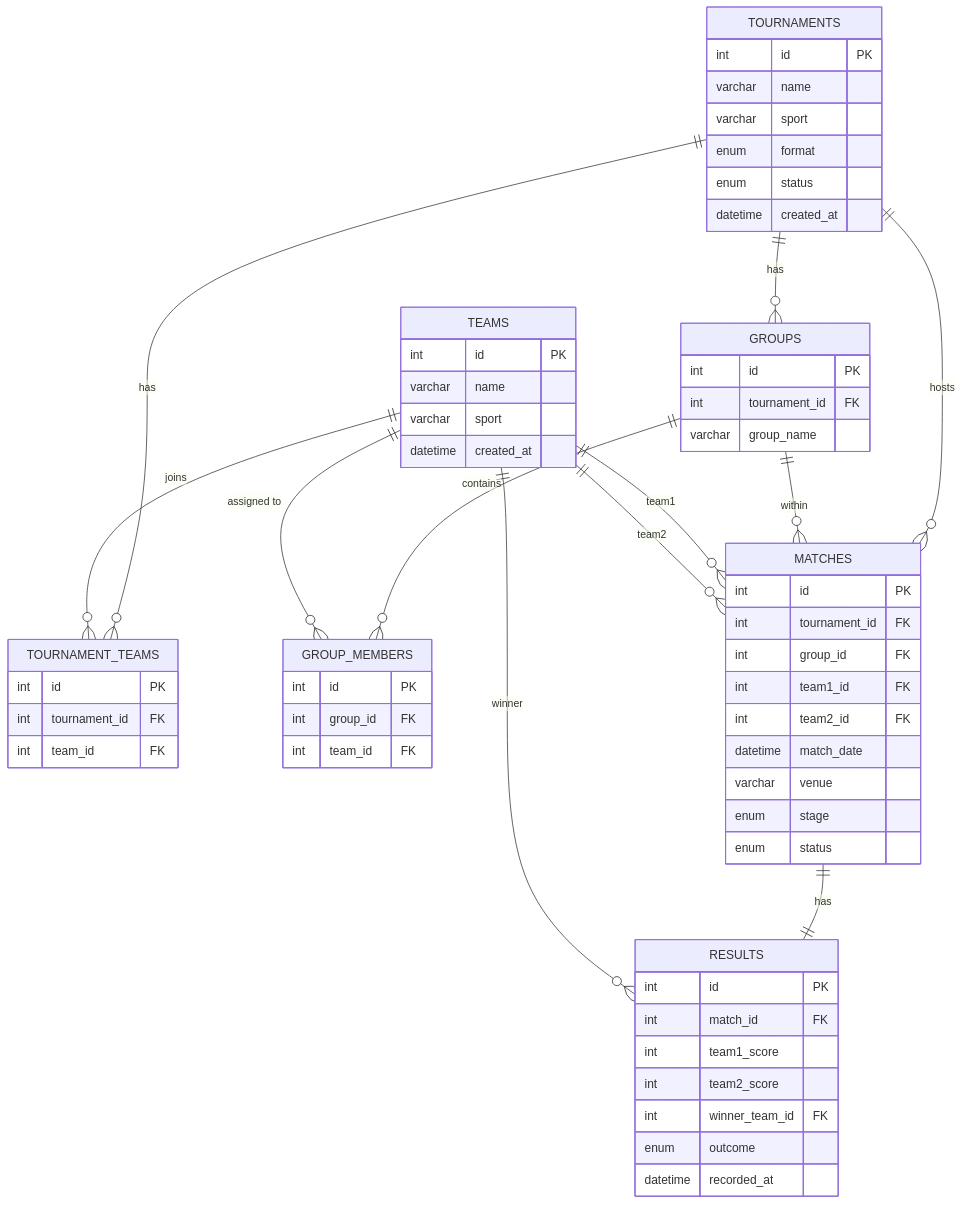
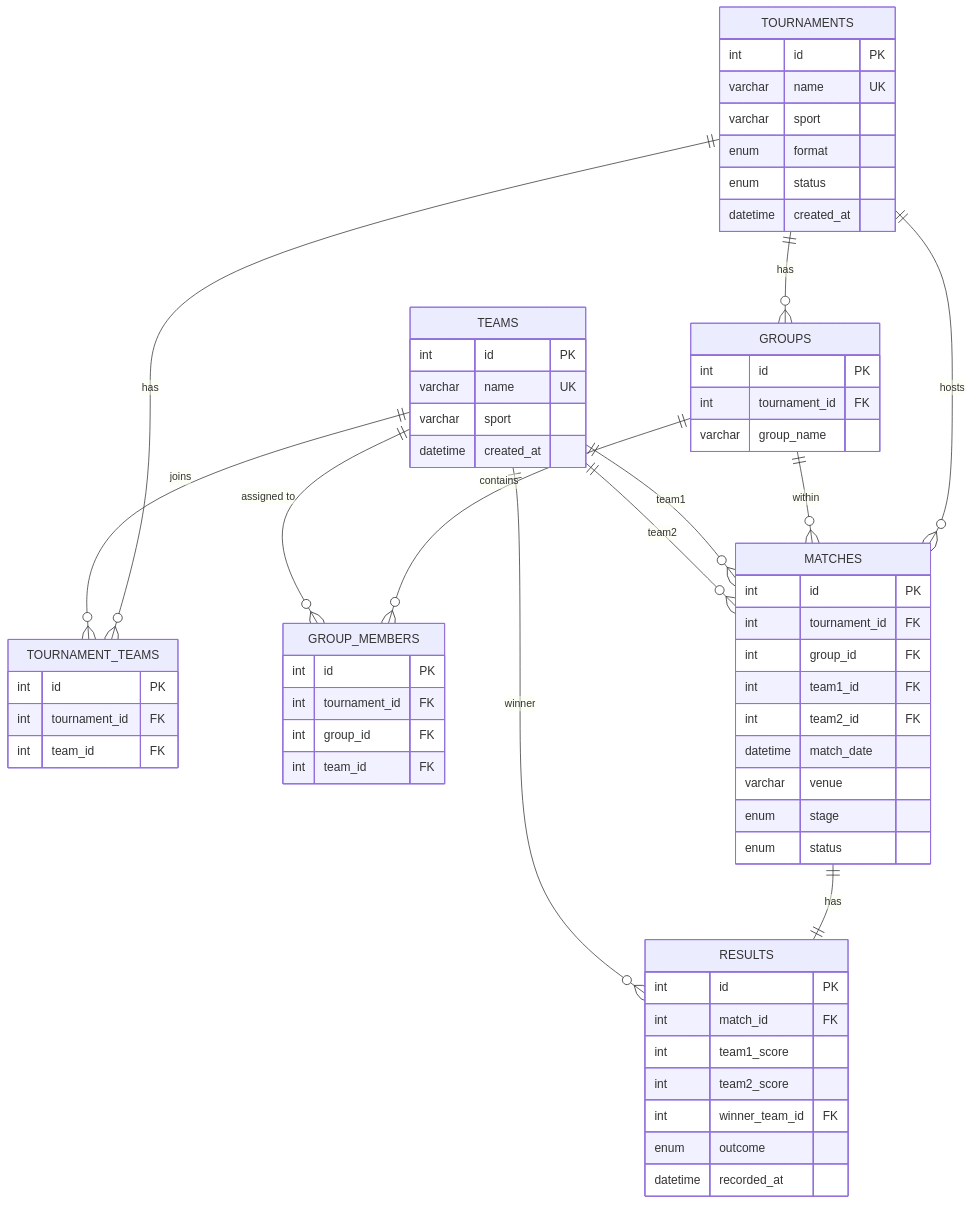
Before and after one commit to pankajmedhi619-code/Sports-tournament-Organizer-project-: the diagram in docs/database-design.md, drawn with Mermaid. The commit also changed other lines of this file and 2 other files, not shown here.

````diff
--- a/docs/database-design.md
+++ b/docs/database-design.md
@@ -21,70 +13,71 @@
 ```mermaid
 erDiagram
     TOURNAMENTS {
         int id PK
-        varchar name
+        varchar name UK
         varchar sport
         enum format
         enum status
         datetime created_at
     }
 
     TEAMS {
         int id PK
-        varchar name
+        varchar name UK
         varchar sport
         datetime created_at
     }
 
     TOURNAMENT_TEAMS {
         int id PK
         int tournament_id FK
         int team_id FK
     }
 
     GROUPS {
         int id PK
         int tournament_id FK
         varchar group_name
     }
 
     GROUP_MEMBERS {
         int id PK
+        int tournament_id FK
         int group_id FK
         int team_id FK
     }
 
     MATCHES {
         int id PK
         int tournament_id FK
         int group_id FK
         int team1_id FK
         int team2_id FK
         datetime match_date
         varchar venue
         enum stage
         enum status
     }
 
     RESULTS {
         int id PK
         int match_id FK
         int team1_score
         int team2_score
         int winner_team_id FK
         enum outcome
         datetime recorded_at
     }
 
     TOURNAMENTS ||--o{ TOURNAMENT_TEAMS : "has"
     TEAMS ||--o{ TOURNAMENT_TEAMS : "joins"
     TOURNAMENTS ||--o{ GROUPS : "has"
     GROUPS ||--o{ GROUP_MEMBERS : "contains"
     TEAMS ||--o{ GROUP_MEMBERS : "assigned to"
     TOURNAMENTS ||--o{ MATCHES : "hosts"
     GROUPS ||--o{ MATCHES : "within"
     TEAMS ||--o{ MATCHES : "team1"
     TEAMS ||--o{ MATCHES : "team2"
     MATCHES ||--|| RESULTS : "has"
     TEAMS ||--o{ RESULTS : "winner"
 ```
````
